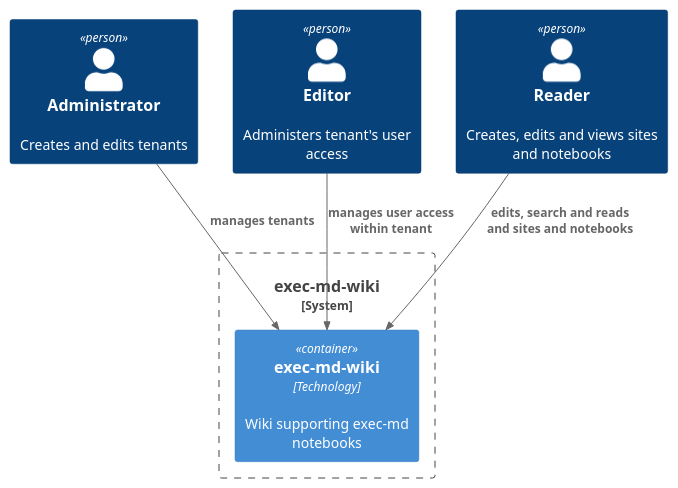
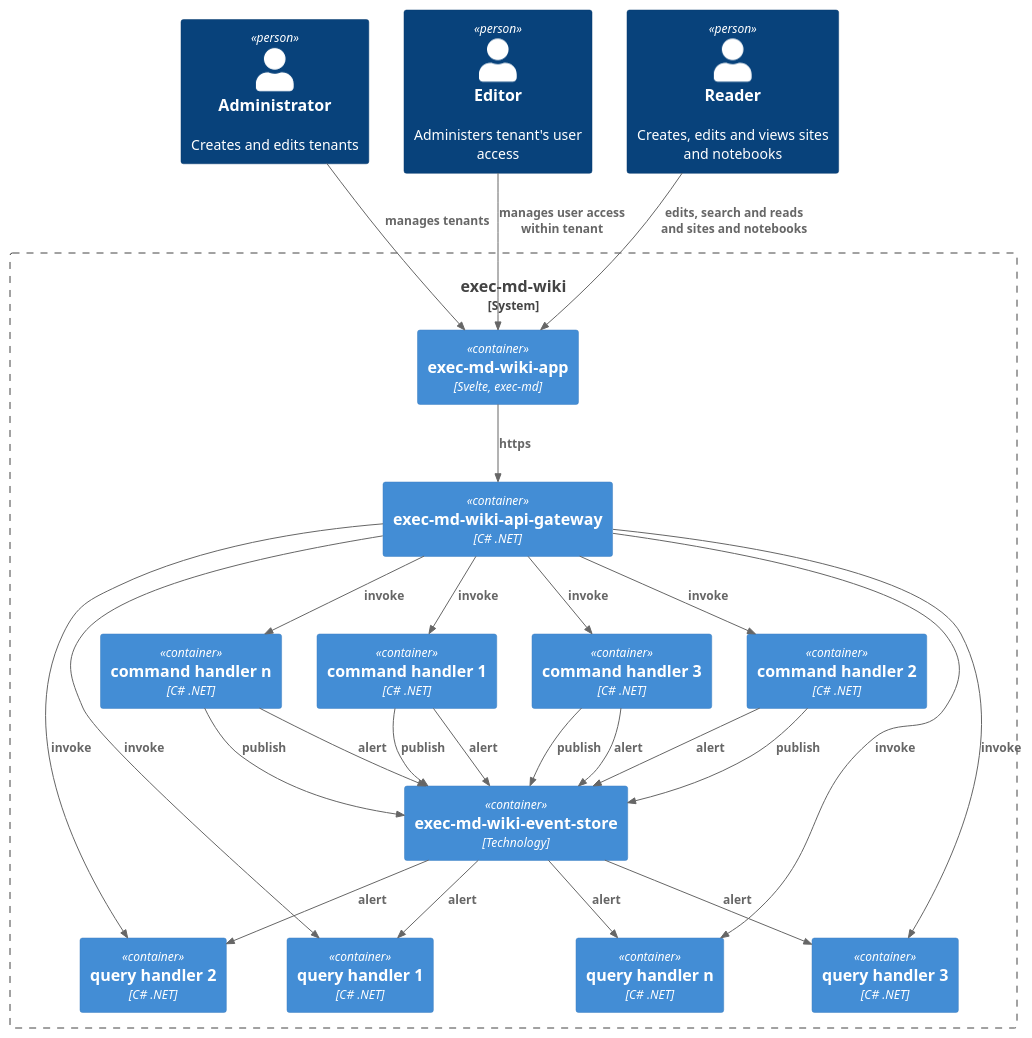
The diagram in docs/diagrams/system-exec-md-wiki.puml (graeme-lockley/exec-md-wiki), drawn with PlantUML before and after one commit. The commit also changed 1 other file, not shown here.

Commit message:
doc: look at container view

```diff
--- a/docs/diagrams/system-exec-md-wiki.puml
+++ b/docs/diagrams/system-exec-md-wiki.puml
@@ -1,15 +1,55 @@
 @startuml
 !include https://raw.githubusercontent.com/plantuml-stdlib/C4-PlantUML/master/C4_Container.puml
 
 Person(personAdministrator, "Administrator", "Creates and edits tenants")
 Person(personEditor, "Editor", "Administers tenant's user access")
 Person(personReader, "Reader", "Creates, edits and views sites and notebooks")
 
 System_Boundary(c1, "exec-md-wiki") {
-    Container(containerAlias, "exec-md-wiki", "Technology", "Wiki supporting exec-md notebooks")
+    Container(wikiApplication, "exec-md-wiki-app", "Svelte, exec-md")
+    Container(apiGateway, "exec-md-wiki-api-gateway", "C# .NET")
+    Container(eventstoreAlias, "exec-md-wiki-event-store", "Technology")
+
+    Container(ch1, "command handler 1", "C# .NET")
+    Container(ch2, "command handler 2", "C# .NET")
+    Container(ch3, "command handler 3", "C# .NET")
+    Container(chn, "command handler n", "C# .NET")
+
+    Container(qh1, "query handler 1", "C# .NET")
+    Container(qh2, "query handler 2", "C# .NET")
+    Container(qh3, "query handler 3", "C# .NET")
+    Container(qhn, "query handler n", "C# .NET")
 }
 
-Rel(personAdministrator, containerAlias, "manages tenants")
-Rel(personEditor, containerAlias, "manages user access within tenant")
-Rel(personReader, containerAlias, "edits, search and reads and sites and notebooks")
+Rel(personAdministrator, wikiApplication, "manages tenants")
+Rel(personEditor, wikiApplication, "manages user access within tenant")
+Rel(personReader, wikiApplication, "edits, search and reads and sites and notebooks")
+
+Rel(wikiApplication, apiGateway, "https")
+
+Rel(apiGateway, ch1, "invoke")
+Rel(apiGateway, ch2, "invoke")
+Rel(apiGateway, ch3, "invoke")
+Rel(apiGateway, chn, "invoke")
+
+Rel(apiGateway, qh1, "invoke")
+Rel(apiGateway, qh2, "invoke")
+Rel(apiGateway, qh3, "invoke")
+Rel(apiGateway, qhn, "invoke")
+
+Rel(ch1, eventstoreAlias, "publish")
+Rel(ch2, eventstoreAlias, "publish")
+Rel(ch3, eventstoreAlias, "publish")
+Rel(chn, eventstoreAlias, "publish")
+
+Rel(ch1, eventstoreAlias, "alert")
+Rel(ch2, eventstoreAlias, "alert")
+Rel(ch3, eventstoreAlias, "alert")
+Rel(chn, eventstoreAlias, "alert")
+
+Rel(eventstoreAlias, qh1, "alert")
+Rel(eventstoreAlias, qh2, "alert")
+Rel(eventstoreAlias, qh3, "alert")
+Rel(eventstoreAlias, qhn, "alert")
+
 @enduml
```
